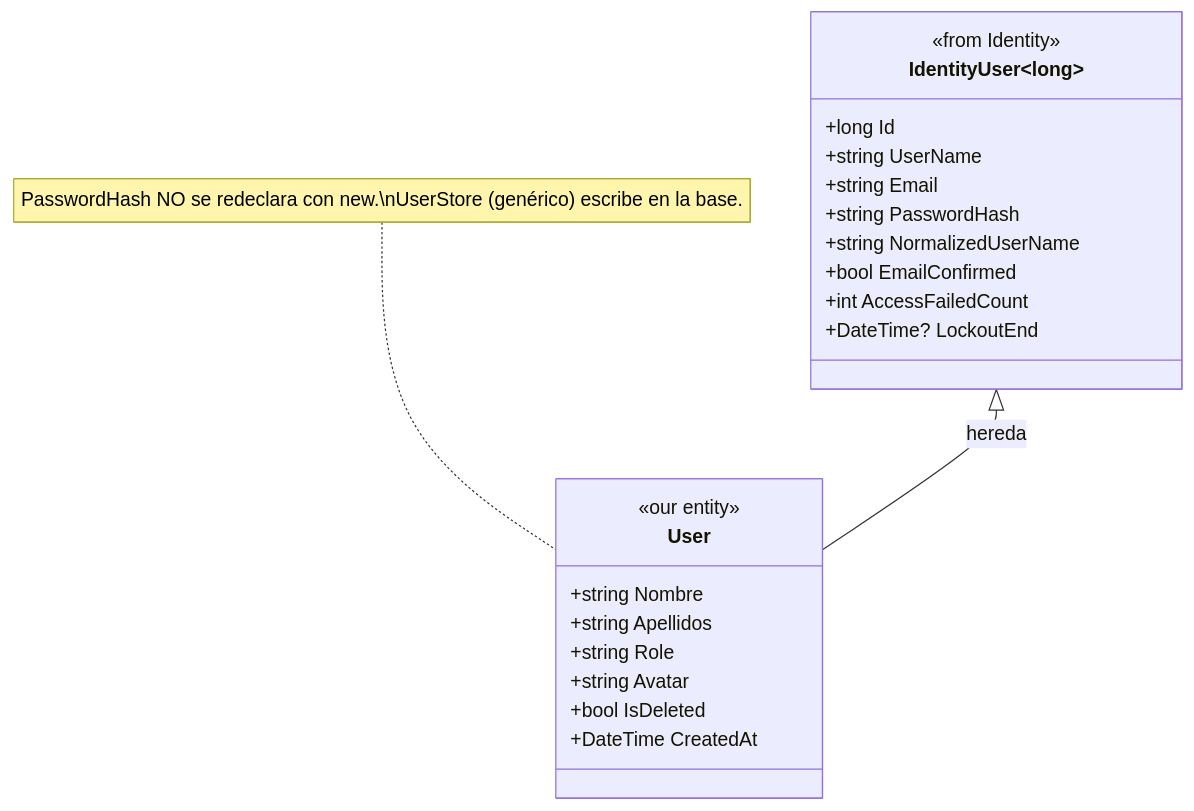
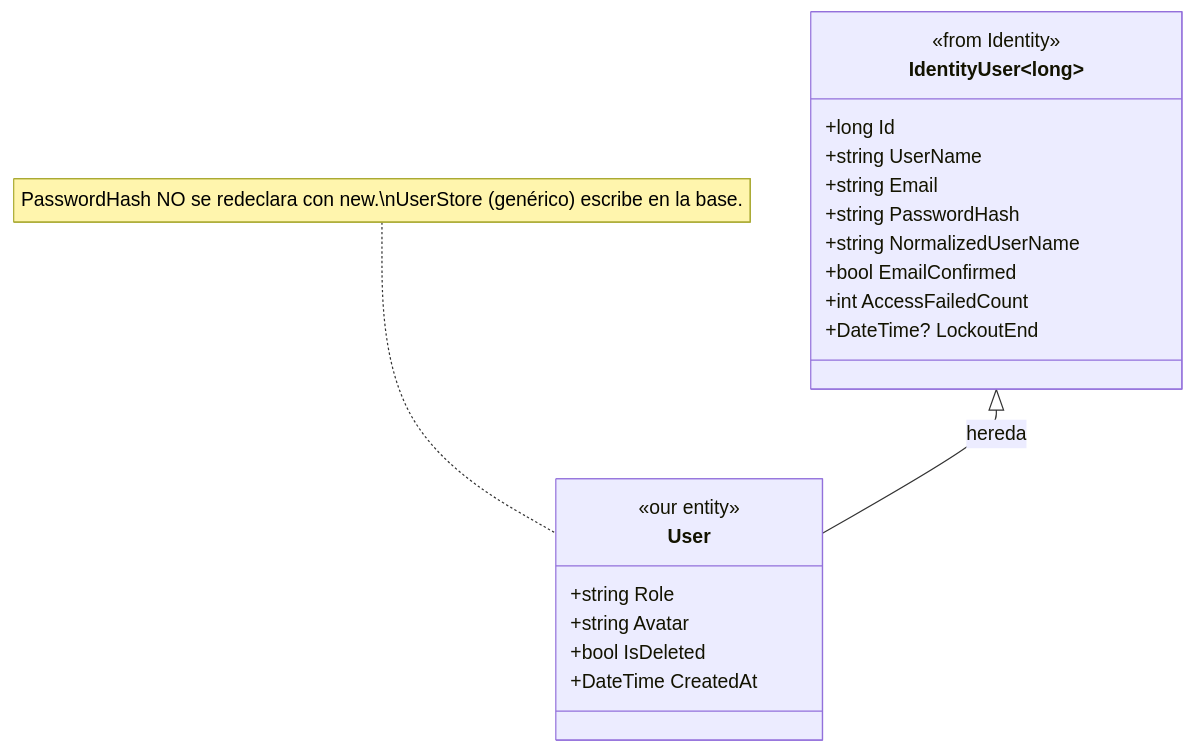
Diagram 12 of 29 in doc/15-jwt-authentication.md (joseluisgs/TiendaDawApi-NetCore), drawn with Mermaid before and after one commit. The commit also changed other lines of this file and 53 other files, not shown here.

````diff
--- a/doc/15-jwt-authentication.md
+++ b/doc/15-jwt-authentication.md
@@ -928,26 +933,24 @@
 ```mermaid
 classDiagram
     class IdentityUser~long~ {
         <<from Identity>>
         +long Id
         +string UserName
         +string Email
         +string PasswordHash
         +string NormalizedUserName
         +bool EmailConfirmed
         +int AccessFailedCount
         +DateTime? LockoutEnd
     }
     class User {
         <<our entity>>
-        +string Nombre
-        +string Apellidos
         +string Role
         +string Avatar
         +bool IsDeleted
         +DateTime CreatedAt
     }
     IdentityUser <|-- User : hereda
 
     note for User "PasswordHash NO se redeclara con new.\nUserStore (genérico) escribe en la base."
 ```
````
